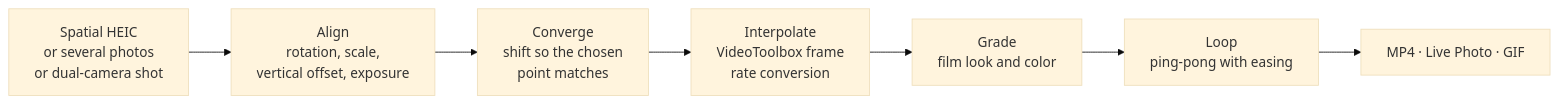
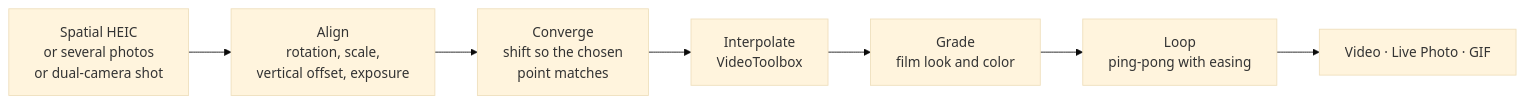
Before and after one commit to kpeeem/wiggle: the diagram in README.md, drawn with Mermaid (base theme). The commit also changed other lines of this file and 22 other files, not shown here.

````diff
--- a/README.md
+++ b/README.md
@@ -75,9 +82,9 @@
 ```mermaid
 flowchart LR
     A[Spatial HEIC<br>or several photos<br>or dual-camera shot] --> B[Align<br>rotation, scale,<br>vertical offset, exposure]
     B --> C[Converge<br>shift so the chosen<br>point matches]
-    C --> D[Interpolate<br>VideoToolbox frame<br>rate conversion]
+    C --> D[Interpolate<br>VideoToolbox]
     D --> E[Grade<br>film look and color]
     E --> F[Loop<br>ping-pong with easing]
-    F --> G[MP4 · Live Photo · GIF]
+    F --> G[Video · Live Photo · GIF]
 ```
````
